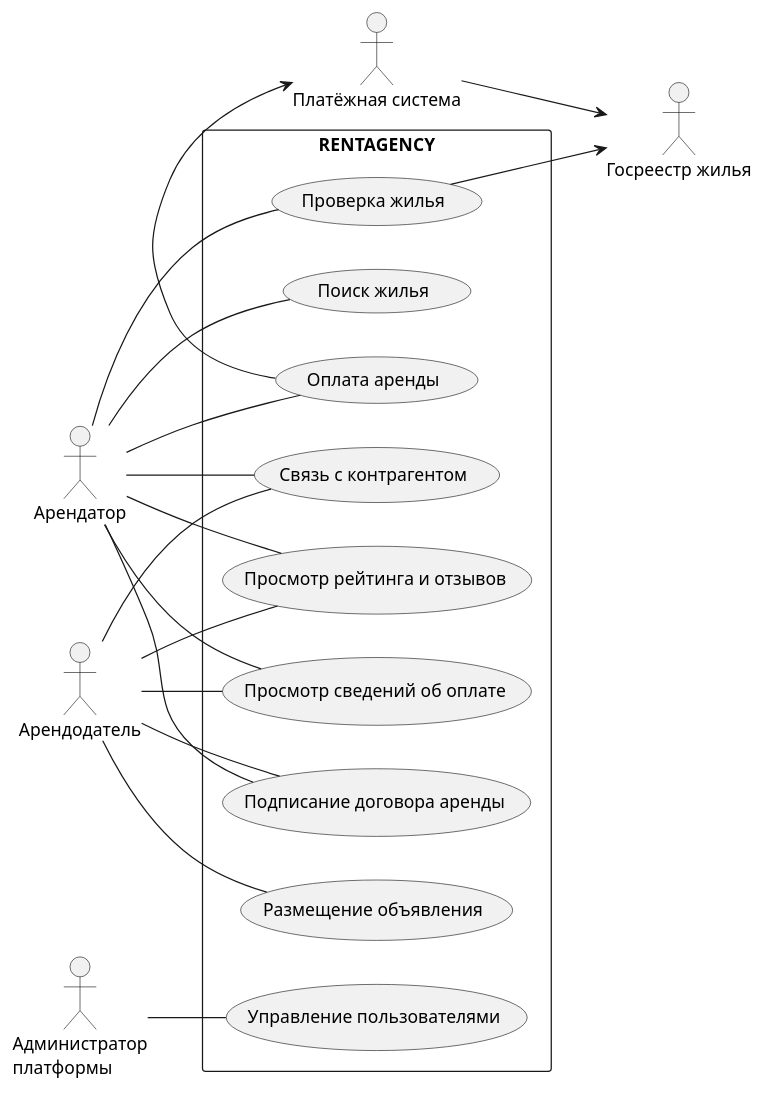
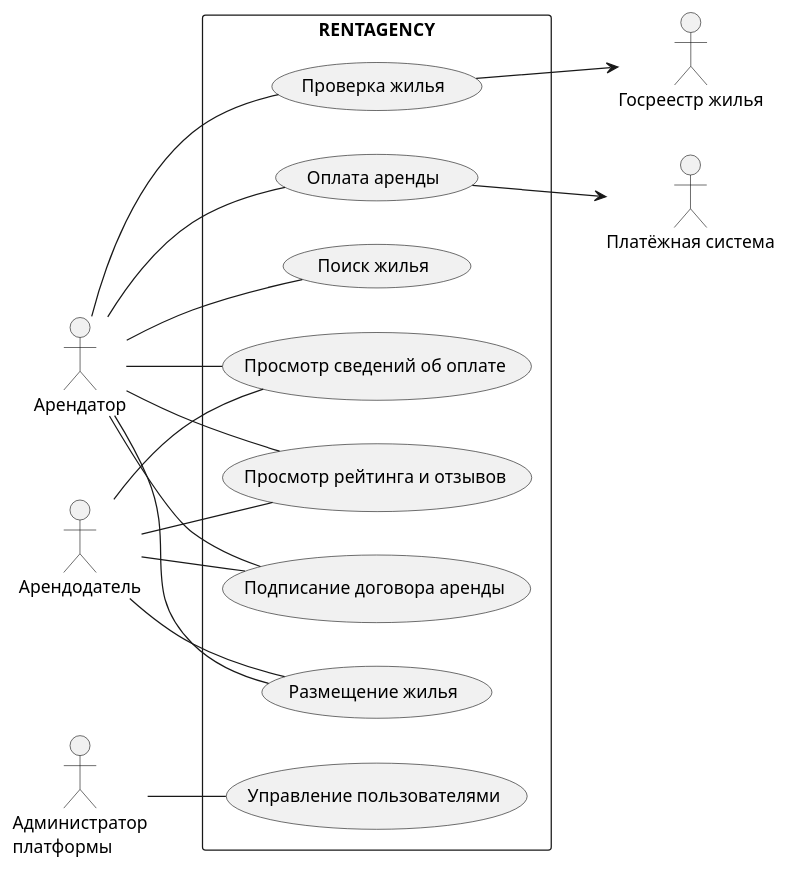
The diagram in Диаграмма-прецедентов.md (penamarth/bsbo-10-24_team1_var8_rentagency), drawn with PlantUML before and after one commit. The commit also changed other lines of this file, not shown here.

Commit message:
feat/diagram: create precedence diagram

````diff
--- a/Диаграмма-прецедентов.md
+++ b/Диаграмма-прецедентов.md
@@ -3,45 +3,42 @@
 ```plantuml
 @startuml
 skinparam packageStyle rect
 left to right direction
 
 actor "Арендатор" as Tenant
 actor "Арендодатель" as Landlord
 actor "Администратор\nплатформы" as Admin
 
 package "RENTAGENCY" {
   usecase "Поиск жилья" as SearchHousing
   usecase "Подписание договора аренды" as SignLease
-  usecase "Связь с контрагентом" as ContactParty
+  usecase "Размещение жилья" as ContactParty
   usecase "Оплата аренды" as PayRent
-  usecase "Размещение объявления" as PublishListing
   usecase "Просмотр рейтинга и отзывов" as ViewReviews
   usecase "Проверка жилья" as VerifyHousing
   usecase "Управление пользователями" as ManageUsers
   usecase "Просмотр сведений об оплате" as ViewPaymentDetails
 }
 
 Tenant -- SearchHousing
 Tenant -- SignLease
 Tenant -- VerifyHousing
 Tenant -- PayRent
 Tenant -- ViewReviews
 Tenant -- ContactParty
 Tenant -- ViewPaymentDetails
 
-Landlord -- PublishListing
 Landlord -- SignLease
 Landlord -- ContactParty
 Landlord -- ViewReviews
 Landlord -- ViewPaymentDetails
 
 Admin -- ManageUsers
 
 actor "Платёжная система" as PaymentSystem
 actor "Госреестр жилья" as HousingRegistry
 
-PayRent -right-> PaymentSystem
-VerifyHousing -right-> HousingRegistry
-PaymentSystem -down-> HousingRegistry
+(PayRent) --> :PaymentSystem:
+(VerifyHousing) --> :HousingRegistry:
 @enduml
 ```
````
